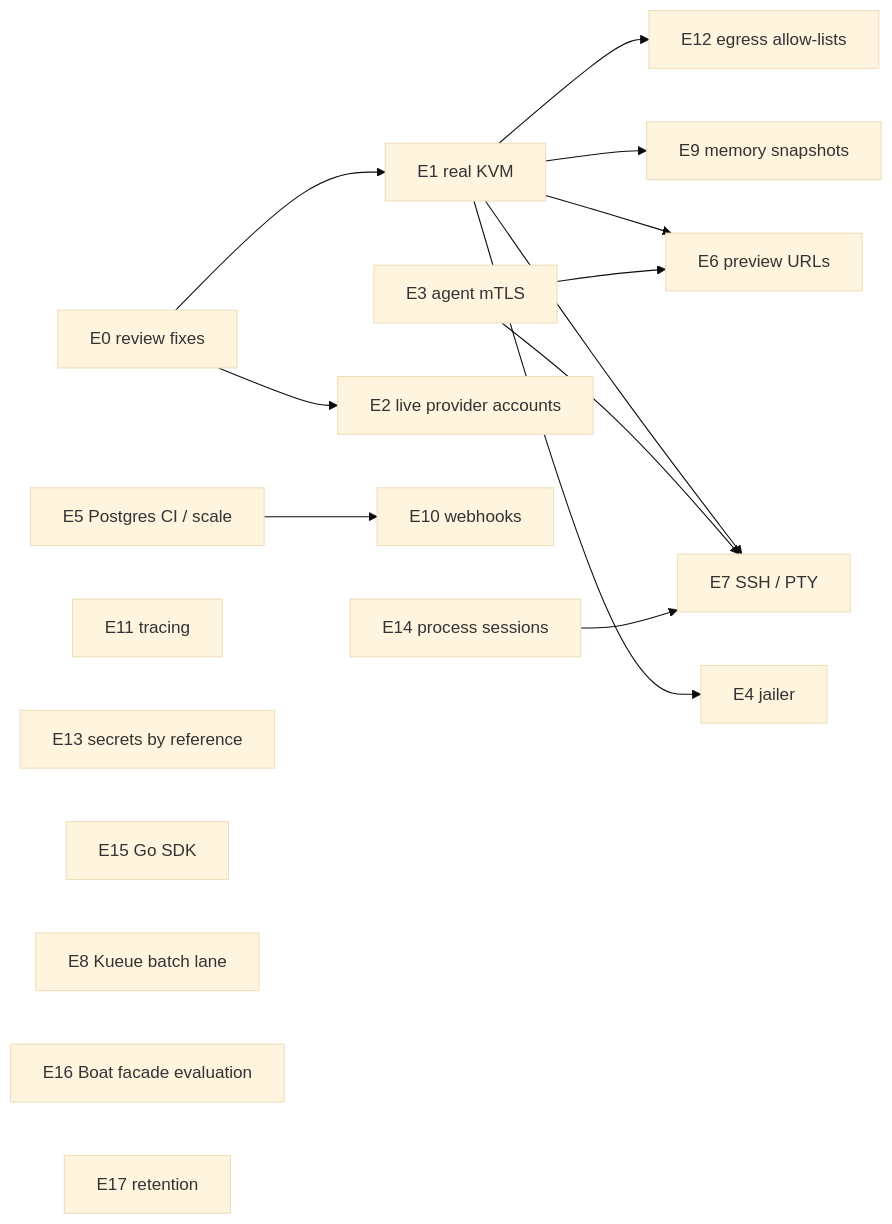
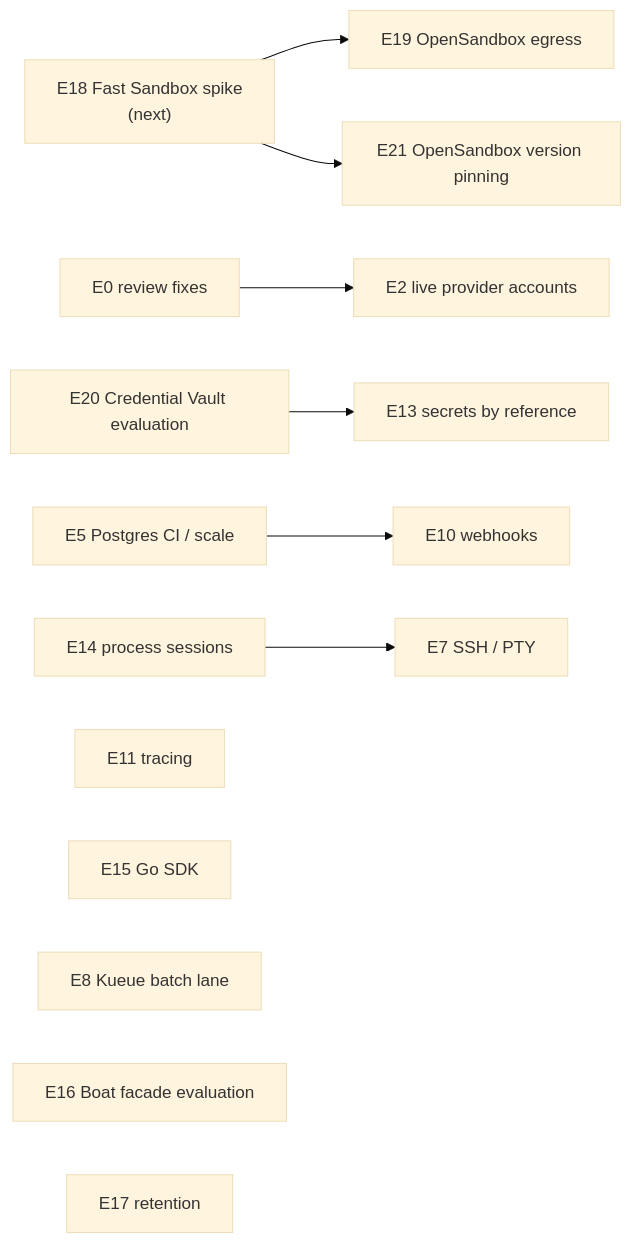
The diagram in docs/backlog.md (different-ai/differently), drawn with Mermaid (base theme) before and after one commit. The commit also changed other lines of this file and 136 other files, not shown here.

````diff
--- a/docs/backlog.md
+++ b/docs/backlog.md
@@ -12,20 +13,14 @@
 ```mermaid
 flowchart LR
-  E0["E0 review fixes"] --> E1["E1 real KVM"]
-  E1 --> E4["E4 jailer"]
-  E1 --> E6["E6 preview URLs"]
-  E1 --> E7["E7 SSH / PTY"]
-  E1 --> E9["E9 memory snapshots"]
-  E1 --> E12["E12 egress allow-lists"]
-  E3["E3 agent mTLS"] --> E6
-  E3 --> E7
-  E0 --> E2["E2 live provider accounts"]
+  E18["E18 Fast Sandbox spike<br/>(next)"] --> E19["E19 OpenSandbox egress"]
+  E18 --> E21["E21 OpenSandbox version pinning"]
+  E0["E0 review fixes"] --> E2["E2 live provider accounts"]
+  E20["E20 Credential Vault evaluation"] --> E13["E13 secrets by reference"]
   E5["E5 Postgres CI / scale"] --> E10["E10 webhooks"]
+  E14["E14 process sessions"] --> E7["E7 SSH / PTY"]
   E11["E11 tracing"]
-  E13["E13 secrets by reference"]
-  E14["E14 process sessions"] --> E7
   E15["E15 Go SDK"]
   E8["E8 Kueue batch lane"]
   E16["E16 Boat facade evaluation"]
   E17["E17 retention"]
 ```
````
